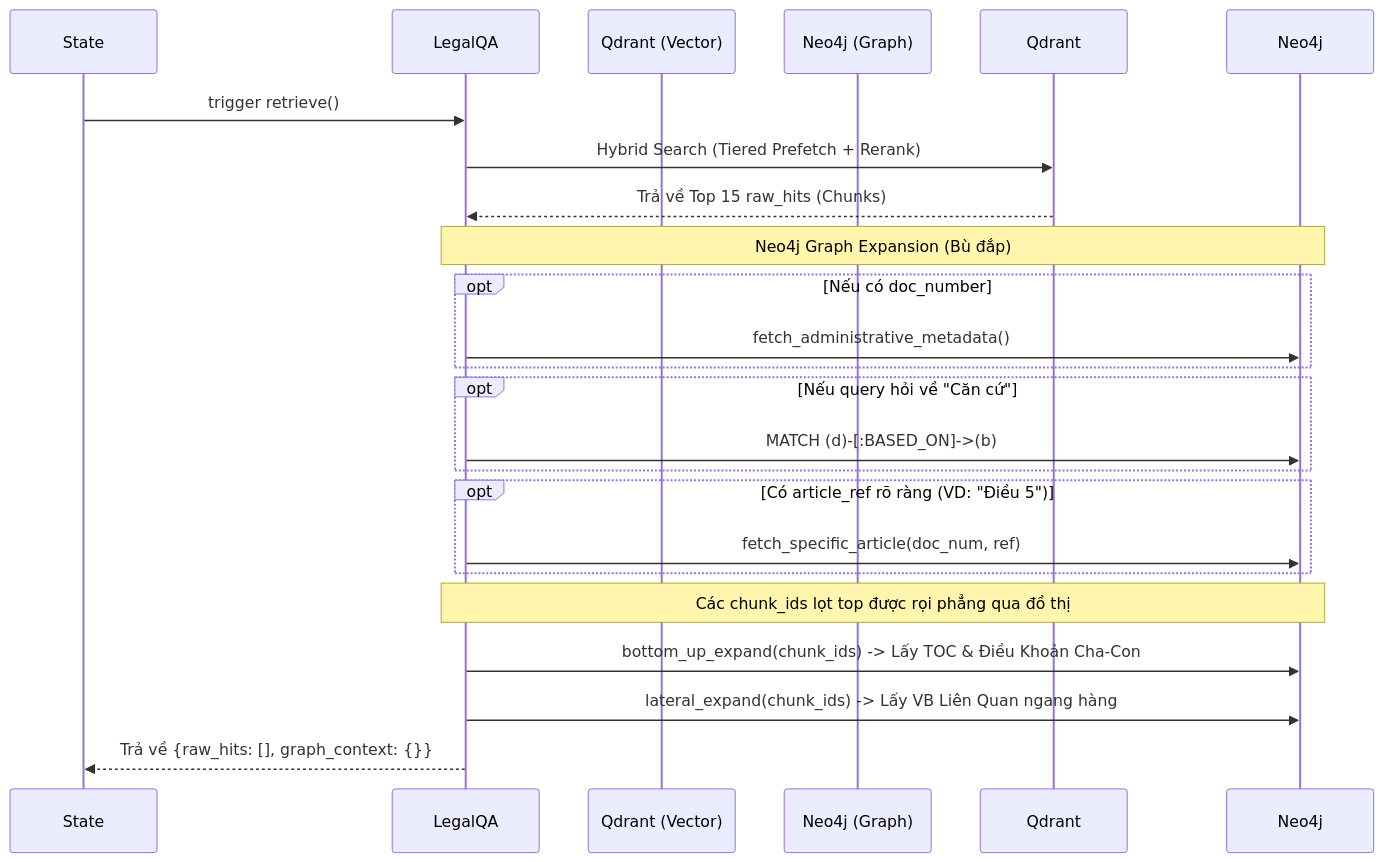
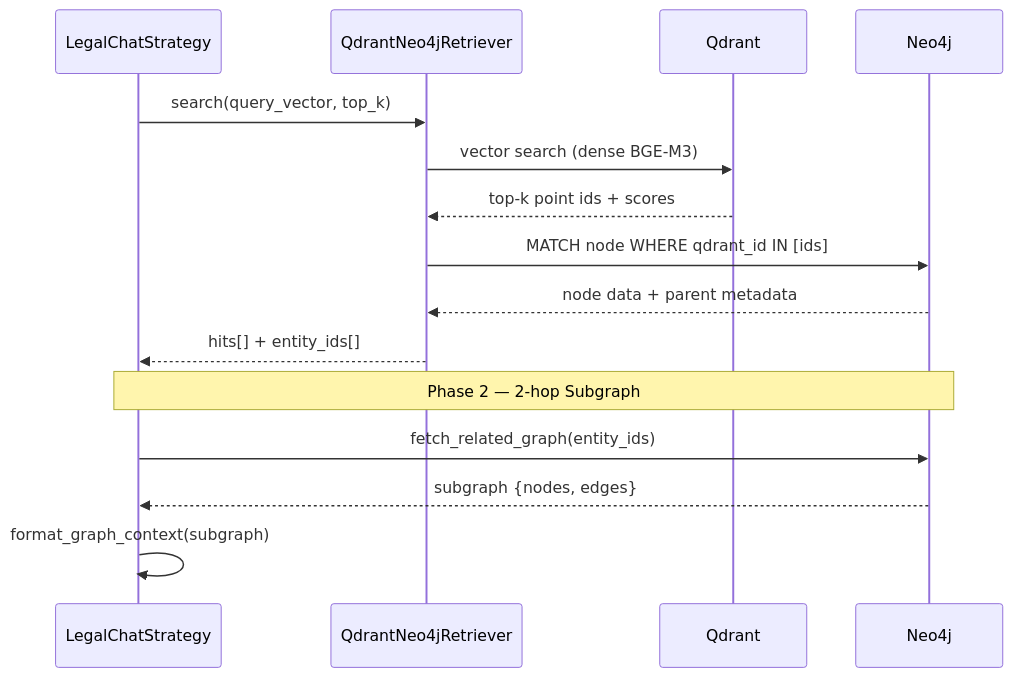
Before and after one commit to ngnam1104/Legal-RAG: the second of 2 diagrams in docs/agent_architecture.md, drawn with Mermaid. The commit also changed other lines of this file and 92 other files, not shown here.

Commit message:
Fix Neo4j duplicate BASED_ON, fix active-voice alias mappings, configure isolated Neo4j test container

````diff
--- a/docs/agent_architecture.md
+++ b/docs/agent_architecture.md
@@ -110,29 +195,19 @@
 ```mermaid
 sequenceDiagram
-    participant State
-    participant LegalQA
-    participant Qdrant (Vector)
-    participant Neo4j (Graph)
-    
-    State->>LegalQA: trigger retrieve()
-    LegalQA->>Qdrant: Hybrid Search (Tiered Prefetch + Rerank)
-    Qdrant-->>LegalQA: Trả về Top 15 raw_hits (Chunks)
-    
-    Note over LegalQA, Neo4j: Neo4j Graph Expansion (Bù đắp)
-    
-    opt Nếu có doc_number
-        LegalQA->>Neo4j: fetch_administrative_metadata()
-    end
-    opt Nếu query hỏi về "Căn cứ"
-        LegalQA->>Neo4j: MATCH (d)-[:BASED_ON]->(b)
-    end
-    opt Có article_ref rõ ràng (VD: "Điều 5")
-        LegalQA->>Neo4j: fetch_specific_article(doc_num, ref)
-    end
-    
-    Note over LegalQA, Neo4j: Các chunk_ids lọt top được rọi phẳng qua đồ thị
-    LegalQA->>Neo4j: bottom_up_expand(chunk_ids) -> Lấy TOC & Điều Khoản Cha-Con
-    LegalQA->>Neo4j: lateral_expand(chunk_ids) -> Lấy VB Liên Quan ngang hàng
-    
-    LegalQA-->>State: Trả về {raw_hits: [], graph_context: {}}
+    participant Strategy as LegalChatStrategy
+    participant QNR as QdrantNeo4jRetriever
+    participant Qdrant
+    participant Neo4j
+
+    Strategy->>QNR: search(query_vector, top_k)
+    QNR->>Qdrant: vector search (dense BGE-M3)
+    Qdrant-->>QNR: top-k point ids + scores
+    QNR->>Neo4j: MATCH node WHERE qdrant_id IN [ids]
+    Neo4j-->>QNR: node data + parent metadata
+    QNR-->>Strategy: hits[] + entity_ids[]
+
+    Note over Strategy, Neo4j: Phase 2 — 2-hop Subgraph
+    Strategy->>Neo4j: fetch_related_graph(entity_ids)
+    Neo4j-->>Strategy: subgraph {nodes, edges}
+    Strategy->>Strategy: format_graph_context(subgraph)
 ```
````
